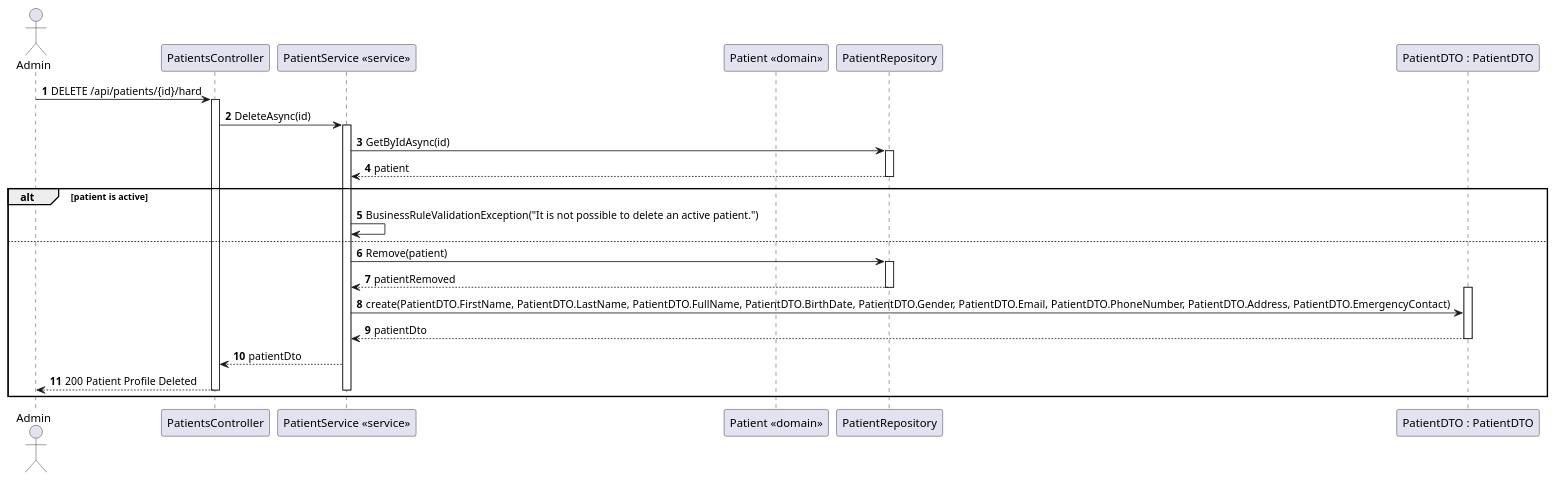
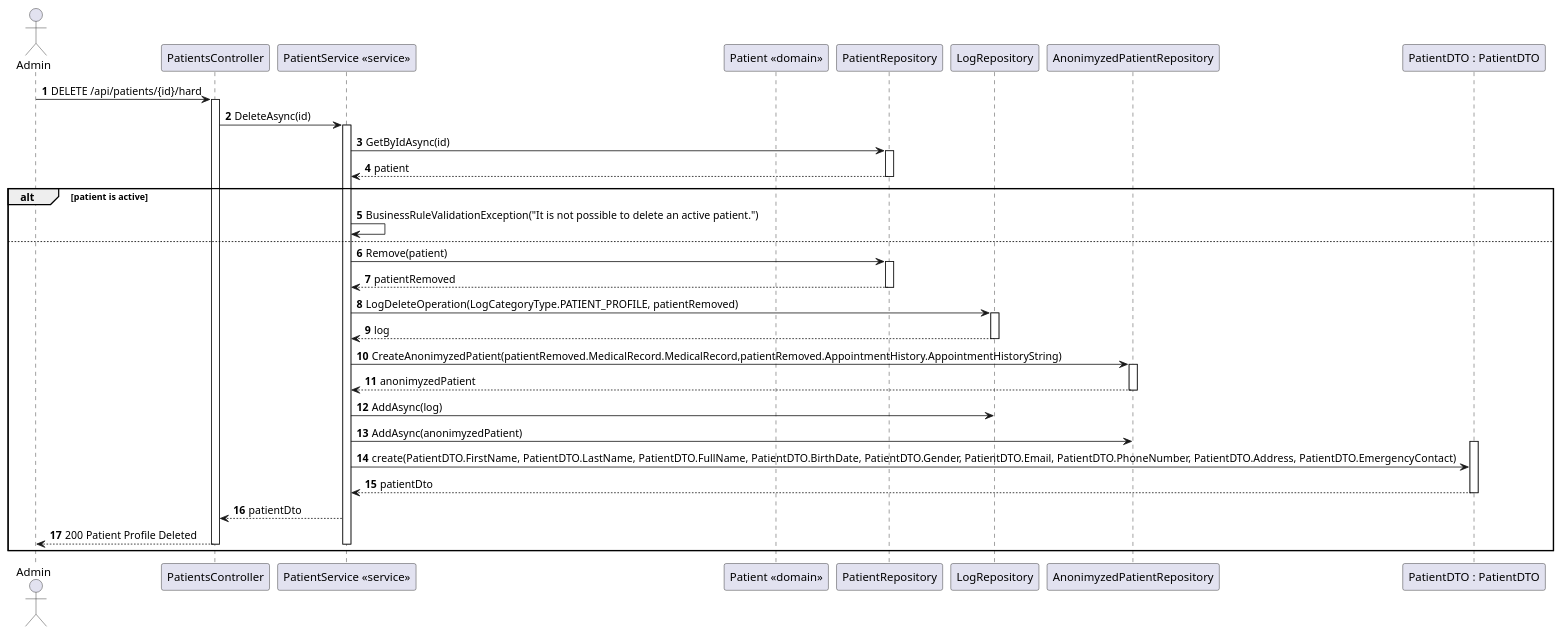
Before and after one commit to Lapr5G21/sem5pi-24-25-3ddg21: the diagram in docs/PatientProfileDelete/views/level3/process-view2.puml, drawn with PlantUML. The commit also changed 7 other files, not shown here.

```diff
--- a/docs/PatientProfileDelete/views/level3/process-view2.puml
+++ b/docs/PatientProfileDelete/views/level3/process-view2.puml
@@ -1,50 +1,71 @@
 @startuml PatientProfileDelete(level3-2)
 
 autonumber
 actor Admin as "Admin"
 participant CTRL as "PatientsController"
 participant SERVICE as "PatientService <<service>>"
 participant PATIENT as "Patient <<domain>>"
 participant REPO as "PatientRepository"
+participant LOGREPO as "LogRepository"
+participant ANONREPO as "AnonimyzedPatientRepository" 
 participant DTO as "PatientDTO : PatientDTO"
 
 Admin-> CTRL : DELETE /api/patients/{id}/hard
 activate CTRL
 
 CTRL -> SERVICE : DeleteAsync(id)
 activate SERVICE
 
     SERVICE -> REPO : GetByIdAsync(id)
     activate REPO
 
     REPO --> SERVICE : patient
     deactivate REPO
 
     alt patient is active
 
     SERVICE -> SERVICE : BusinessRuleValidationException("It is not possible to delete an active patient.")
 
     else
 
     SERVICE -> REPO : Remove(patient)
     activate REPO
 
     REPO --> SERVICE : patientRemoved
     deactivate REPO
 
+    SERVICE -> LOGREPO : LogDeleteOperation(LogCategoryType.PATIENT_PROFILE, patientRemoved)
+    activate LOGREPO
+
+    LOGREPO --> SERVICE : log
+    deactivate LOGREPO
+
+    SERVICE -> ANONREPO : CreateAnonimyzedPatient(patientRemoved.MedicalRecord.MedicalRecord,patientRemoved.AppointmentHistory.AppointmentHistoryString)
+    activate ANONREPO
+
+    ANONREPO --> SERVICE : anonimyzedPatient
+    deactivate ANONREPO
+
+
+    SERVICE -> LOGREPO : AddAsync(log)
+    deactivate LOGREPO
+
+    SERVICE -> ANONREPO : AddAsync(anonimyzedPatient)
+    deactivate ANONREPO
+
     activate DTO
     
     SERVICE -> DTO : create(PatientDTO.FirstName, PatientDTO.LastName, PatientDTO.FullName, PatientDTO.BirthDate, PatientDTO.Gender, PatientDTO.Email, PatientDTO.PhoneNumber, PatientDTO.Address, PatientDTO.EmergencyContact)
     
     DTO --> SERVICE : patientDto
     deactivate DTO
 
     SERVICE --> CTRL : patientDto
     
     CTRL --> Admin : 200 Patient Profile Deleted
 
 deactivate SERVICE
 deactivate CTRL
 
 end
 @enduml
```
